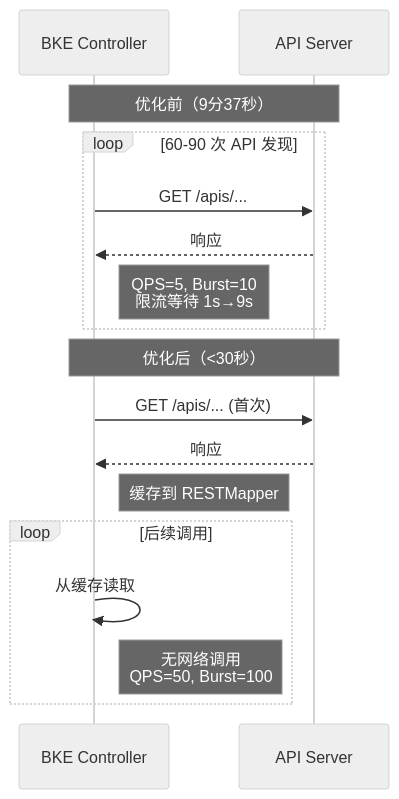
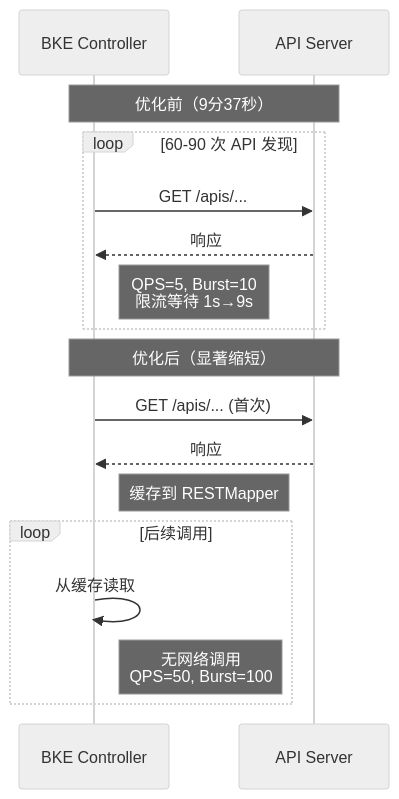
Before and after one commit to javadoors/cluster-api-provider-bke: the second of 7 diagrams in code/performance/report/api-throttling-optimization.md, drawn with Mermaid (neutral theme). The commit also changed other lines of this file, not shown here.

````diff
--- a/code/performance/report/api-throttling-optimization.md
+++ b/code/performance/report/api-throttling-optimization.md
@@ -341,21 +341,21 @@
 ```mermaid
 sequenceDiagram
     participant Client as BKE Controller
     participant API as API Server
     
     Note over Client,API: 优化前（9分37秒）
     loop 60-90 次 API 发现
         Client->>API: GET /apis/...
         API-->>Client: 响应
         Note right of Client: QPS=5, Burst=10<br/>限流等待 1s→9s
     end
     
-    Note over Client,API: 优化后（<30秒）
+    Note over Client,API: 优化后（显著缩短）
     Client->>API: GET /apis/... (首次)
     API-->>Client: 响应
     Note right of Client: 缓存到 RESTMapper
     loop 后续调用
         Client->>Client: 从缓存读取
         Note right of Client: 无网络调用<br/>QPS=50, Burst=100
     end
 ```
````
